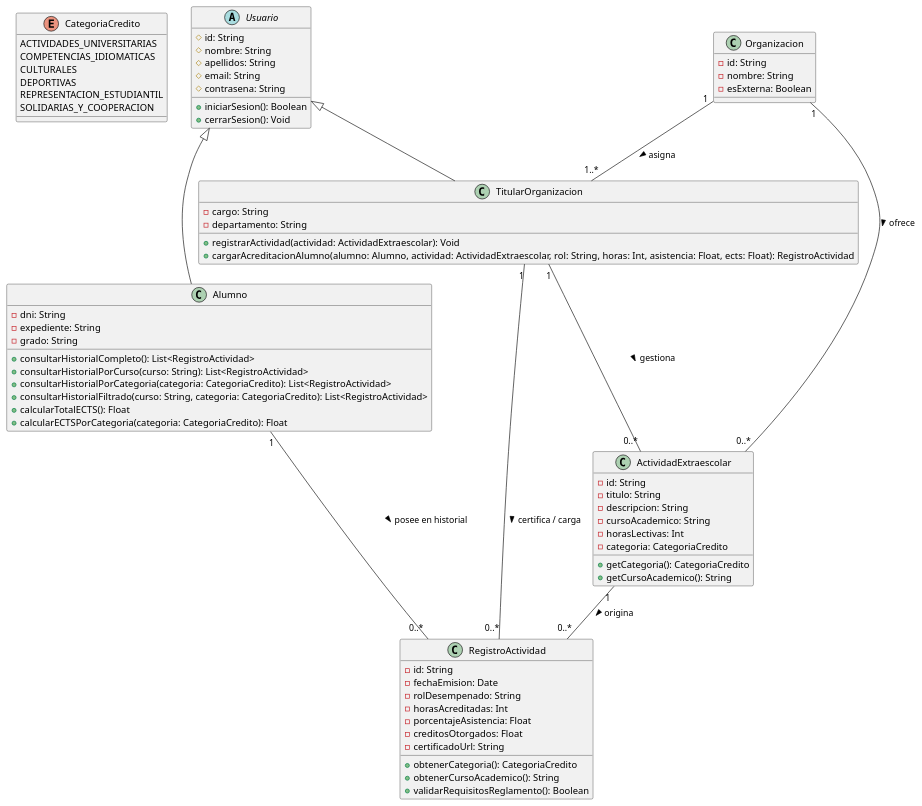
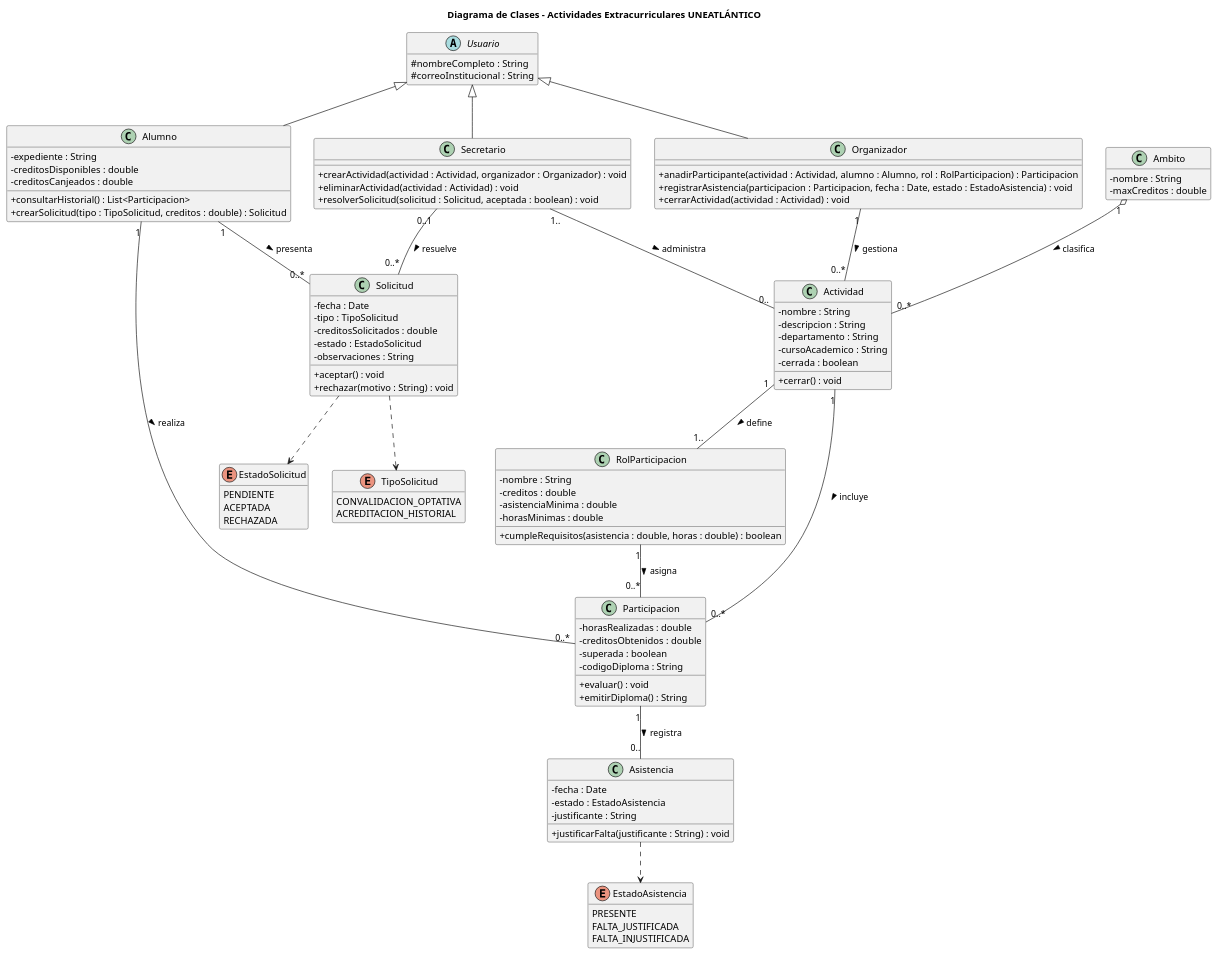
Before and after one commit to SaraVaqueroRelea/26-27-IdSw1-SDR: the diagram in diagramas/diagramaClases/diagramaClases.puml, drawn with PlantUML.

Commit message:
actualizacion diagrama clases

```diff
--- a/diagramas/diagramaClases/diagramaClases.puml
+++ b/diagramas/diagramaClases/diagramaClases.puml
@@ -1,84 +1,122 @@
 @startuml
+title Diagrama de Clases - Actividades Extracurriculares UNEATLÁNTICO
 
-enum CategoriaCredito {
-  ACTIVIDADES_UNIVERSITARIAS
-  COMPETENCIAS_IDIOMATICAS
-  CULTURALES
-  DEPORTIVAS
-  REPRESENTACION_ESTUDIANTIL
-  SOLIDARIAS_Y_COOPERACION
+skinparam classAttributeIconSize 0
+hide empty methods
+
+enum EstadoAsistencia {
+  PRESENTE
+  FALTA_JUSTIFICADA
+  FALTA_INJUSTIFICADA
+}
+
+enum TipoSolicitud {
+  CONVALIDACION_OPTATIVA
+  ACREDITACION_HISTORIAL
+}
+
+enum EstadoSolicitud {
+  PENDIENTE
+  ACEPTADA
+  RECHAZADA
 }
 
 abstract class Usuario {
-  # id: String
-  # nombre: String
-  # apellidos: String
-  # email: String
-  # contrasena: String
-  + iniciarSesion(): Boolean
-  + cerrarSesion(): Void
+  # nombreCompleto : String
+  # correoInstitucional : String
+}
+
+class Secretario {
+  + crearActividad(actividad : Actividad, organizador : Organizador) : void
+  + eliminarActividad(actividad : Actividad) : void
+  + resolverSolicitud(solicitud : Solicitud, aceptada : boolean) : void
+}
+
+class Organizador {
+  + anadirParticipante(actividad : Actividad, alumno : Alumno, rol : RolParticipacion) : Participacion
+  + registrarAsistencia(participacion : Participacion, fecha : Date, estado : EstadoAsistencia) : void
+  + cerrarActividad(actividad : Actividad) : void
 }
 
 class Alumno {
-  - dni: String
-  - expediente: String
-  - grado: String
-  + consultarHistorialCompleto(): List<RegistroActividad>
-  + consultarHistorialPorCurso(curso: String): List<RegistroActividad>
-  + consultarHistorialPorCategoria(categoria: CategoriaCredito): List<RegistroActividad>
-  + consultarHistorialFiltrado(curso: String, categoria: CategoriaCredito): List<RegistroActividad>
-  + calcularTotalECTS(): Float
-  + calcularECTSPorCategoria(categoria: CategoriaCredito): Float
+  - expediente : String
+  - creditosDisponibles : double
+  - creditosCanjeados : double
+  + consultarHistorial() : List<Participacion>
+  + crearSolicitud(tipo : TipoSolicitud, creditos : double) : Solicitud
 }
 
-class TitularOrganizacion {
-  - cargo: String
-  - departamento: String
-  + registrarActividad(actividad: ActividadExtraescolar): Void
-  + cargarAcreditacionAlumno(alumno: Alumno, actividad: ActividadExtraescolar, rol: String, horas: Int, asistencia: Float, ects: Float): RegistroActividad
+class Ambito {
+  - nombre : String
+  - maxCreditos : double
 }
 
-class Organizacion {
-  - id: String
-  - nombre: String
-  - esExterna: Boolean
+class Actividad {
+  - nombre : String
+  - descripcion : String
+  - departamento : String
+  - cursoAcademico : String
+  - cerrada : boolean
+  + cerrar() : void
 }
 
-class ActividadExtraescolar {
-  - id: String
-  - titulo: String
-  - descripcion: String
-  - cursoAcademico: String
-  - horasLectivas: Int
-  - categoria: CategoriaCredito
-  + getCategoria(): CategoriaCredito
-  + getCursoAcademico(): String
+class RolParticipacion {
+  - nombre : String
+  - creditos : double
+  - asistenciaMinima : double
+  - horasMinimas : double
+  + cumpleRequisitos(asistencia : double, horas : double) : boolean
 }
 
-class RegistroActividad {
-  - id: String
-  - fechaEmision: Date
-  - rolDesempenado: String
-  - horasAcreditadas: Int
-  - porcentajeAsistencia: Float
-  - creditosOtorgados: Float
-  - certificadoUrl: String
-  + obtenerCategoria(): CategoriaCredito
-  + obtenerCursoAcademico(): String
-  + validarRequisitosReglamento(): Boolean
+class Participacion {
+  - horasRealizadas : double
+  - creditosObtenidos : double
+  - superada : boolean
+  - codigoDiploma : String
+  + evaluar() : void
+  + emitirDiploma() : String
 }
 
-' Relaciones entre clases
+class Asistencia {
+  - fecha : Date
+  - estado : EstadoAsistencia
+  - justificante : String
+  + justificarFalta(justificante : String) : void
+}
+
+class Solicitud {
+  - fecha : Date
+  - tipo : TipoSolicitud
+  - creditosSolicitados : double
+  - estado : EstadoSolicitud
+  - observaciones : String
+  + aceptar() : void
+  + rechazar(motivo : String) : void
+}
+
+' Herencia
+Usuario <|-- Secretario
+Usuario <|-- Organizador
 Usuario <|-- Alumno
-Usuario <|-- TitularOrganizacion
 
-Organizacion "1" -- "1..*" TitularOrganizacion : asigna >
-Organizacion "1" -- "0..*" ActividadExtraescolar : ofrece >
+' Asociaciones
+Ambito "1" o-- "0..*" Actividad : clasifica >
+Secretario "1.." -- "0.." Actividad : administra >
+Organizador "1" -- "0..*" Actividad : gestiona >
 
-TitularOrganizacion "1" -- "0..*" ActividadExtraescolar : gestiona >
-TitularOrganizacion "1" -- "0..*" RegistroActividad : certifica / carga >
+Actividad "1" -- "1.." RolParticipacion : define >
+Actividad "1" -- "0..*" Participacion : incluye >
+Alumno "1" -- "0..*" Participacion : realiza >
+RolParticipacion "1" -- "0..*" Participacion : asigna >
 
-Alumno "1" -- "0..*" RegistroActividad : posee en historial >
-ActividadExtraescolar "1" -- "0..*" RegistroActividad : origina >
+Participacion "1" -- "0.." Asistencia : registra >
+
+Alumno "1" -- "0..*" Solicitud : presenta >
+Secretario "0..1" -- "0..*" Solicitud : resuelve >
+
+' Dependencias con enumeraciones
+Asistencia ..> EstadoAsistencia
+Solicitud ..> TipoSolicitud
+Solicitud ..> EstadoSolicitud
 
 @enduml
```
